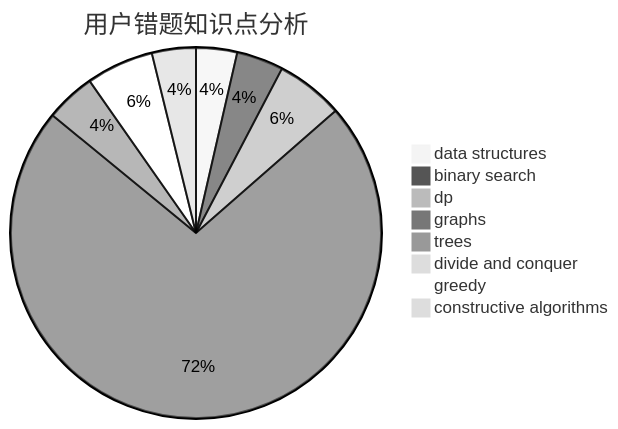
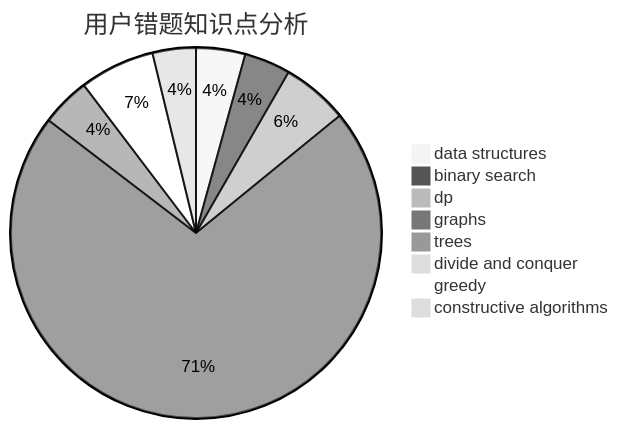
One commit to sherpahu/cfrs.github.io changed the third of 3 diagrams in docs/user/u773.md. Above: the diagram before and after it, drawn with Mermaid (neutral theme). The commit also changed other lines of this file and 2770 other files, not shown here.

````diff
--- a/docs/user/u773.md
+++ b/docs/user/u773.md
@@ -36,11 +36,11 @@
 ```mermaid
 pie title 用户错题知识点分析
-    "data structures" :  14
+    "data structures" :  17
     "binary search" :  16
     "dp" :  23
     "graphs" :  283
     "trees" :  17
     "divide and conquer" :  1
-    "greedy" :  23
+    "greedy" :  26
     "constructive algorithms" :  15
 ```
````
